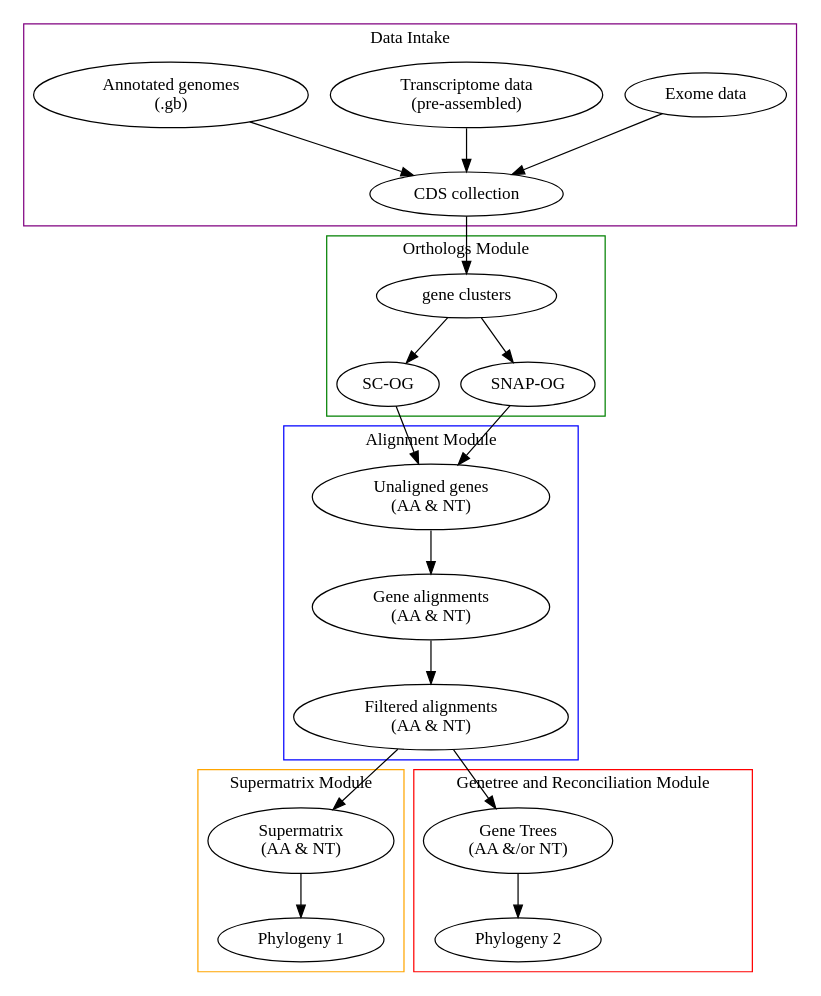
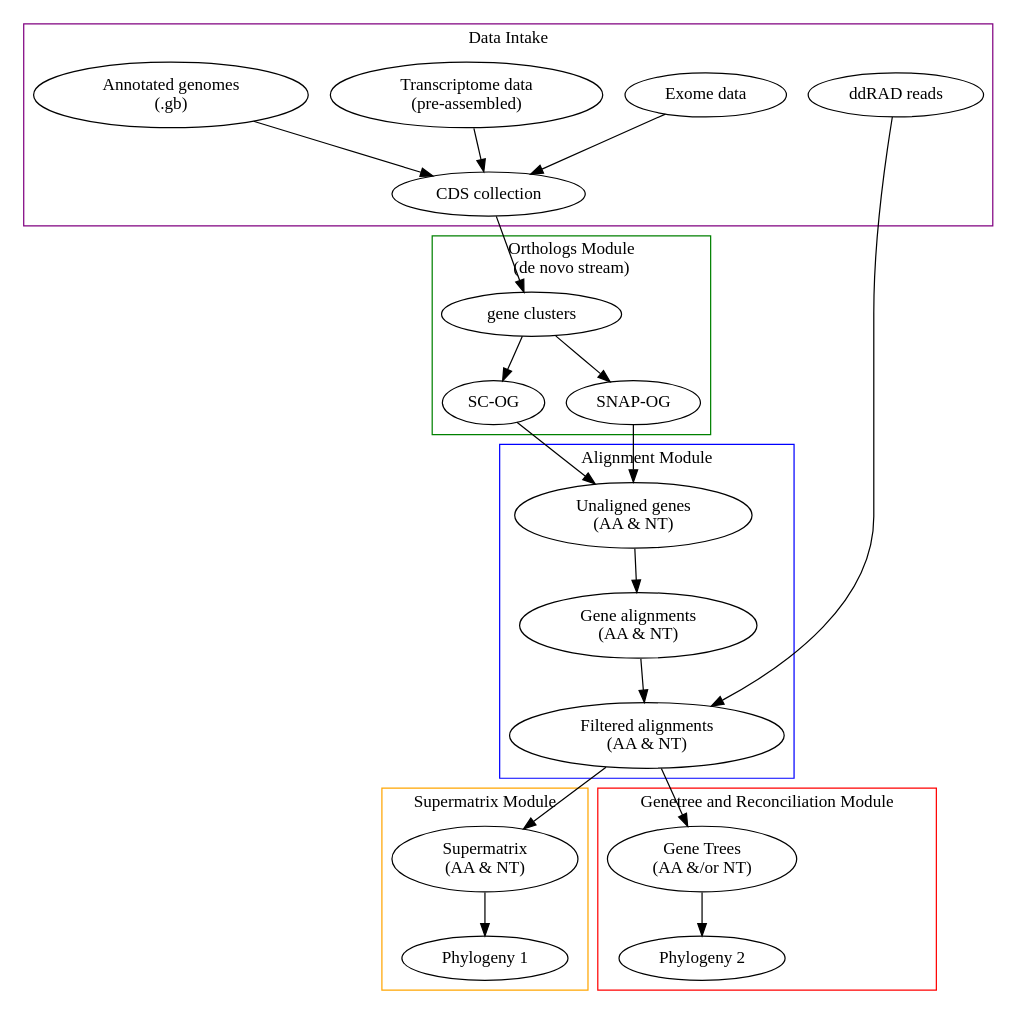
One commit to rbturnbull/orthoflow changed the diagram in docs/workflow.rst. Above: the diagram before and after it, drawn with Graphviz.

Commit message:
addin ddrad

```diff
--- a/docs/workflow.rst
+++ b/docs/workflow.rst
@@ -5,59 +5,62 @@
 .. graphviz::
 
     digraph workflow {
         exome [label="Exome data"];
         transcriptome [label="Transcriptome data\n(pre-assembled)"];
         addotated [label="Annotated genomes\n(.gb)"];
+        ddRAD [label="ddRAD reads"];
         cds [label="CDS collection"];
         gene [label="gene clusters"];
         scog [label="SC-OG"];
         snap [label="SNAP-OG"];
         unaligned [label="Unaligned genes\n(AA & NT)"];
         genealignments [label="Gene alignments\n(AA & NT)"];
         filtered [label="Filtered alignments\n(AA & NT)"];
         supermatrix [label="Supermatrix\n(AA & NT)"];
         phy1 [label="Phylogeny 1"];
         genetrees [label="Gene Trees\n(AA &/or NT)"];
         phy2 [label="Phylogeny 2"];
         
-        subgraph cluster_1 {
+        subgraph clusterdata {
             node [style=filled];
             exome -> cds;
             transcriptome -> cds;
             addotated -> cds;
+            ddRAD;
             label = "Data Intake";
             color=purple
         }
-        subgraph cluster_2 {
+        subgraph clusterortho {
             node [style=filled];
             gene -> scog;
             gene -> snap;
-            label = "Orthologs Module";
+            label = "Orthologs Module\n(de novo stream)";
             color=green
         }
         subgraph clusteralignment {
             node [style=filled];
             unaligned -> genealignments;
             genealignments -> filtered;
             label = "Alignment Module";
             color=blue
         }
         subgraph clustersupermatrix {
             node [style=filled];
             supermatrix -> phy1;
             label = "Supermatrix Module";
             color=orange
         }
         subgraph clustergenetree {
             node [style=filled];
             genetrees -> phy2;
             label = "Genetree and Reconciliation Module";
             color=red
         }
 
         cds -> gene;
         scog -> unaligned;
         snap -> unaligned;
+        ddRAD -> filtered;
         filtered -> supermatrix;
         filtered -> genetrees;
     }
```
